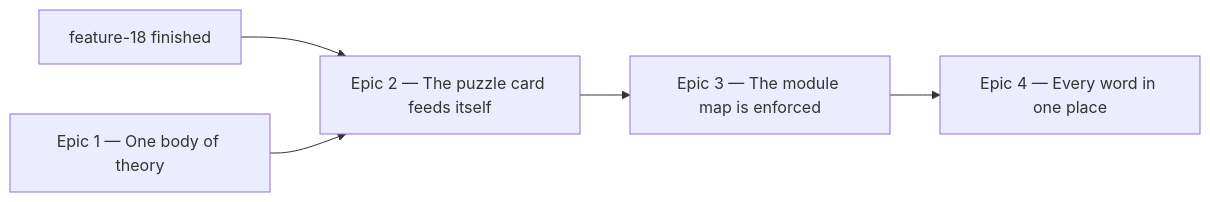
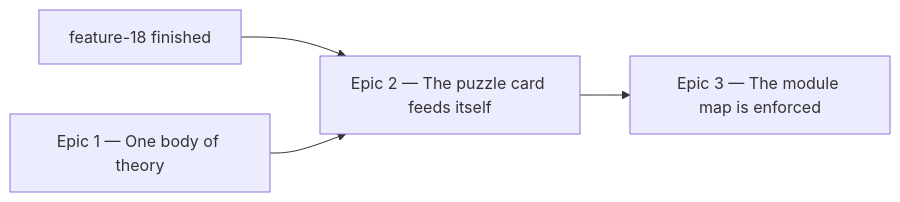
One commit to fleidloff/daily-groove changed the diagram in specs/feature-20/roadmap.md. Above: the diagram before and after it, drawn with Mermaid. The commit also changed other lines of this file and 26 other files, not shown here.

Commit message:
remove 3 attempts goal completely. Also prepare feature-20 (architectural rework)

````diff
--- a/specs/feature-20/roadmap.md
+++ b/specs/feature-20/roadmap.md
@@ -431,7 +360,6 @@
 ```mermaid
 graph LR
   F18[feature-18 finished] --> E2
   E1[Epic 1 — One body of theory] --> E2[Epic 2 — The puzzle card feeds itself]
   E2 --> E3[Epic 3 — The module map is enforced]
-  E3 --> E4[Epic 4 — Every word in one place]
 ```
````
